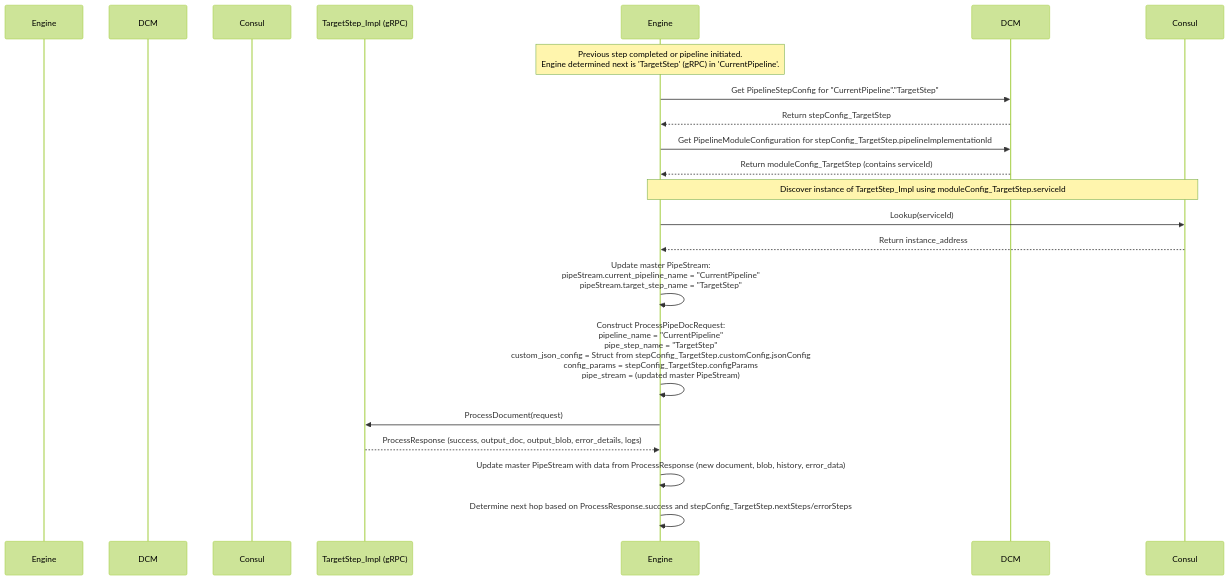
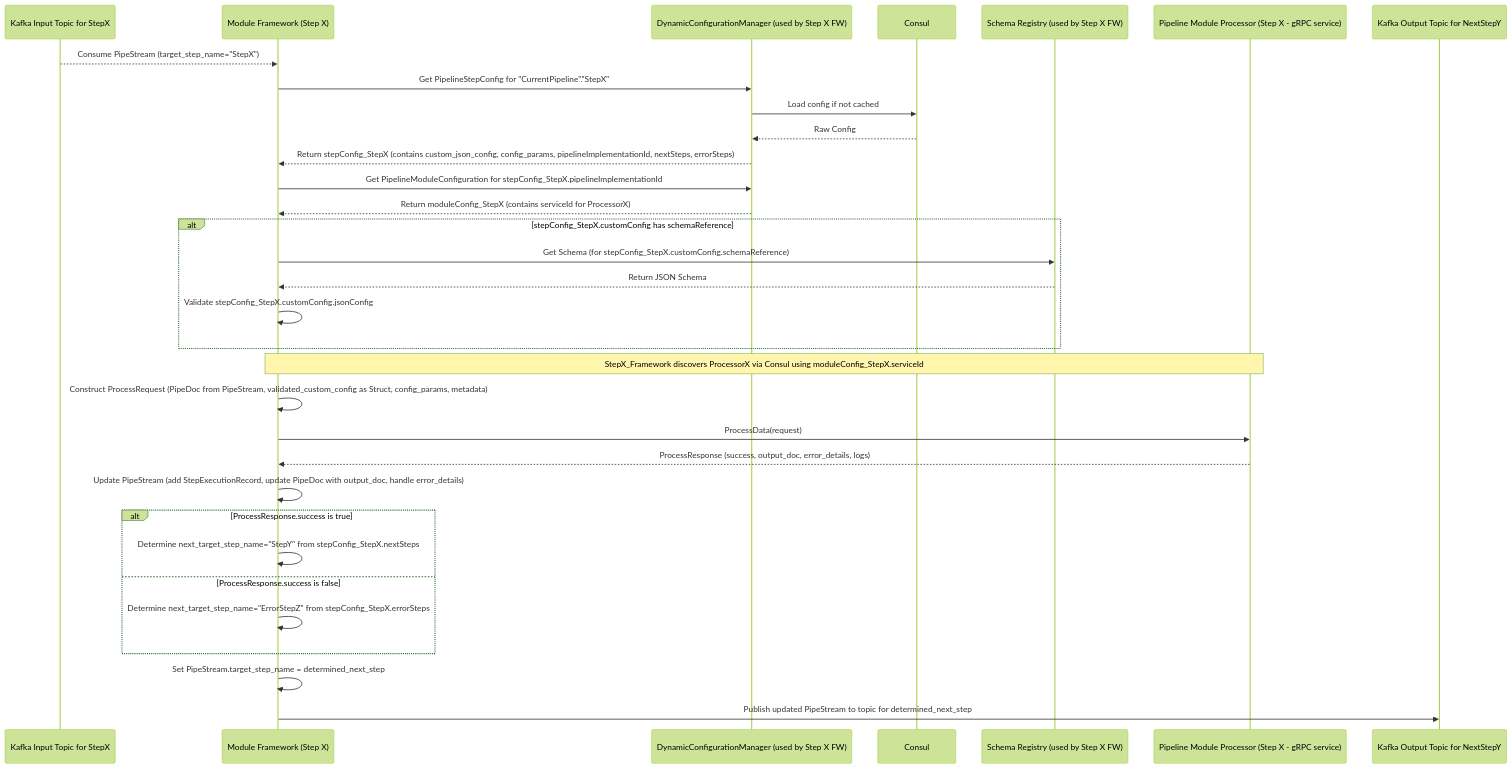
Before and after one commit to krickert/micronaut-multiproject-example: the third of 3 diagrams in docs/architecture_overview.md, drawn with Mermaid (forest theme). The commit also changed other lines of this file, not shown here.

````diff
--- a/docs/architecture_overview.md
+++ b/docs/architecture_overview.md
@@ -265,26 +292,40 @@
 ```mermaid
 sequenceDiagram
-    participant GrpcPipelineEngine as Engine
-    participant DynamicConfigurationManager as DCM
-    participant ConsulDiscovery as Consul
-    participant ModuleGRPCService as TargetStep_Impl (gRPC)
+    participant KafkaInTopic as Kafka Input Topic for StepX
+    participant StepX_Framework as Module Framework (Step X)
+    participant DCMX as DynamicConfigurationManager (used by Step X FW)
+    participant Consul
+    participant SchemaRegistryX as Schema Registry (used by Step X FW)
+    participant ProcessorX as Pipeline Module Processor (Step X - gRPC service)
+    participant KafkaOutTopic as Kafka Output Topic for NextStepY
 
-    Note over Engine: Previous step completed or pipeline initiated. <br/> Engine determined next is 'TargetStep' (gRPC) in 'CurrentPipeline'.
-    Engine->>DCM: Get PipelineStepConfig for "CurrentPipeline"."TargetStep"
-    DCM-->>Engine: Return stepConfig_TargetStep
-    Engine->>DCM: Get PipelineModuleConfiguration for stepConfig_TargetStep.pipelineImplementationId
-    DCM-->>Engine: Return moduleConfig_TargetStep (contains serviceId)
+    KafkaInTopic-->>StepX_Framework: Consume PipeStream (target_step_name="StepX")
+    StepX_Framework->>DCMX: Get PipelineStepConfig for "CurrentPipeline"."StepX"
+    DCMX->>Consul: Load config if not cached
+    Consul-->>DCMX: Raw Config
+    DCMX-->>StepX_Framework: Return stepConfig_StepX (contains custom_json_config, config_params, pipelineImplementationId, nextSteps, errorSteps)
+
+    StepX_Framework->>DCMX: Get PipelineModuleConfiguration for stepConfig_StepX.pipelineImplementationId
+    DCMX-->>StepX_Framework: Return moduleConfig_StepX (contains serviceId for ProcessorX)
     
-    Note over Engine,Consul: Discover instance of TargetStep_Impl using moduleConfig_TargetStep.serviceId
-    Engine->>Consul: Lookup(serviceId)
-    Consul-->>Engine: Return instance_address
+    alt stepConfig_StepX.customConfig has schemaReference
+        StepX_Framework->>SchemaRegistryX: Get Schema (for stepConfig_StepX.customConfig.schemaReference)
+        SchemaRegistryX-->>StepX_Framework: Return JSON Schema
+        StepX_Framework->>StepX_Framework: Validate stepConfig_StepX.customConfig.jsonConfig
+    end
+
+    Note over StepX_Framework, ProcessorX: StepX_Framework discovers ProcessorX via Consul using moduleConfig_StepX.serviceId
+
+    StepX_Framework->>StepX_Framework: Construct ProcessRequest (PipeDoc from PipeStream, validated_custom_config as Struct, config_params, metadata)
+    StepX_Framework->>ProcessorX: ProcessData(request)
+    ProcessorX-->>StepX_Framework: ProcessResponse (success, output_doc, error_details, logs)
     
-    Engine->>Engine: Update master PipeStream: <br/> pipeStream.current_pipeline_name = "CurrentPipeline" <br/> pipeStream.target_step_name = "TargetStep"
-    Engine->>Engine: Construct ProcessPipeDocRequest: <br/> pipeline_name = "CurrentPipeline" <br/> pipe_step_name = "TargetStep" <br/> custom_json_config = Struct from stepConfig_TargetStep.customConfig.jsonConfig <br/> config_params = stepConfig_TargetStep.configParams <br/> pipe_stream = (updated master PipeStream)
-    Engine->>ModuleGRPCService: ProcessDocument(request)
-    ModuleGRPCService-->>Engine: ProcessResponse (success, output_doc, output_blob, error_details, logs)
-    
-    Engine->>Engine: Update master PipeStream with data from ProcessResponse (new document, blob, history, error_data)
-    Engine->>Engine: Determine next hop based on ProcessResponse.success and stepConfig_TargetStep.nextSteps/errorSteps
-    %% ...then engine routes to the next step (either another gRPC call or Kafka publish)
+    StepX_Framework->>StepX_Framework: Update PipeStream (add StepExecutionRecord, update PipeDoc with output_doc, handle error_details)
+    alt ProcessResponse.success is true
+        StepX_Framework->>StepX_Framework: Determine next_target_step_name="StepY" from stepConfig_StepX.nextSteps
+    else ProcessResponse.success is false
+        StepX_Framework->>StepX_Framework: Determine next_target_step_name="ErrorStepZ" from stepConfig_StepX.errorSteps
+    end
+    StepX_Framework->>StepX_Framework: Set PipeStream.target_step_name = determined_next_step
+    StepX_Framework->>KafkaOutTopic: Publish updated PipeStream to topic for determined_next_step
 ```
````
